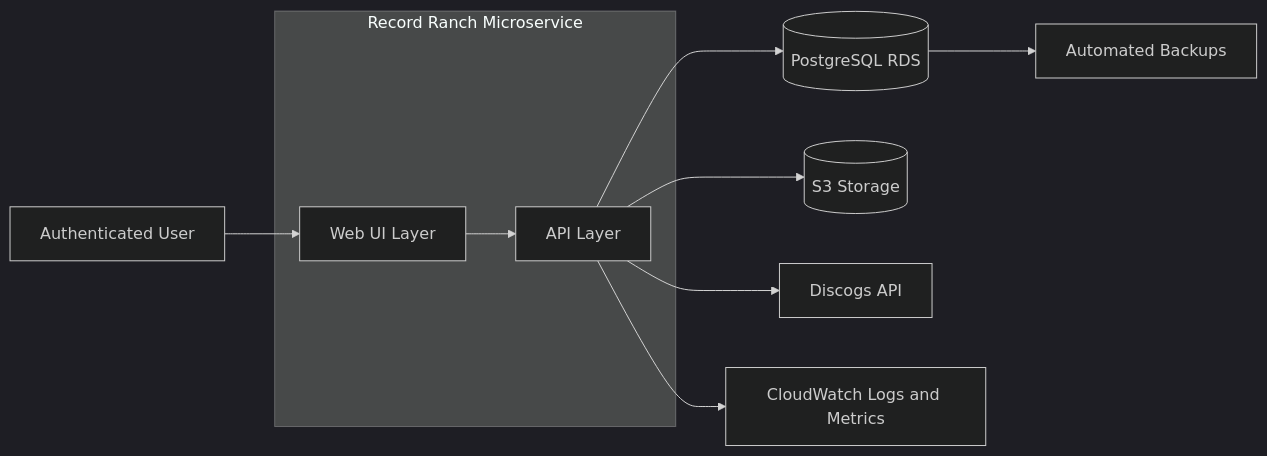
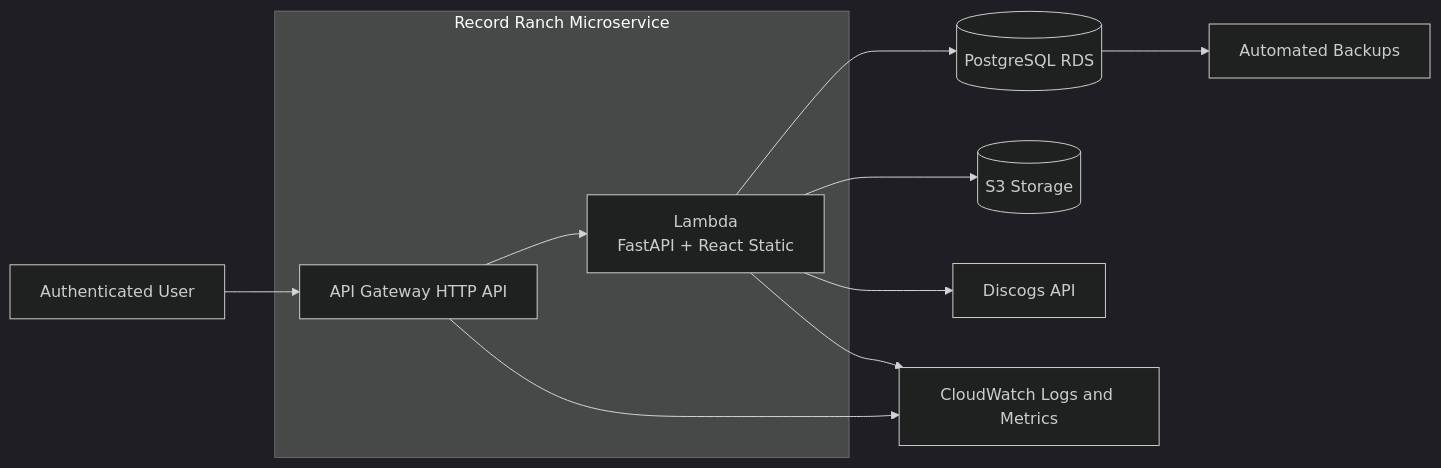
One commit to vrwmiller/records changed the first of 4 diagrams in docs/architecture.md. Above: the diagram before and after it, drawn with Mermaid (dark theme). The commit also changed other lines of this file and 2 other files, not shown here.

Commit message:
docs: update architecture, design, and README to reflect API Gateway deployment
- architecture.md: diagram updated to show API Gateway as public ingress; section
  3a names API Gateway explicitly; 3b notes stage throttling and CloudWatch access logging
- design.md: Baseline Platform Contract now lists Lambda and API Gateway HTTP API
- README.md: current repo status reflects live deployment; runbooks link is real

````diff
--- a/docs/architecture.md
+++ b/docs/architecture.md
@@ -18,16 +18,16 @@
 ```mermaid
 flowchart LR
-  U[Authenticated User] --> W
+  U[Authenticated User] --> APIGW[API Gateway HTTP API]
 
   subgraph SVC[Record Ranch Microservice]
-    W[Web UI Layer]
-    W --> A[API Layer]
+    APIGW --> LM[Lambda\nFastAPI + React Static]
   end
 
-  A --> D[(PostgreSQL RDS)]
-  A --> S[(S3 Storage)]
-  A --> C[Discogs API]
+  LM --> D[(PostgreSQL RDS)]
+  LM --> S[(S3 Storage)]
+  LM --> C[Discogs API]
 
-  A --> L[CloudWatch Logs and Metrics]
+  LM --> L[CloudWatch Logs and Metrics]
+  APIGW --> L
   D --> B[Automated Backups]
 ```
````
